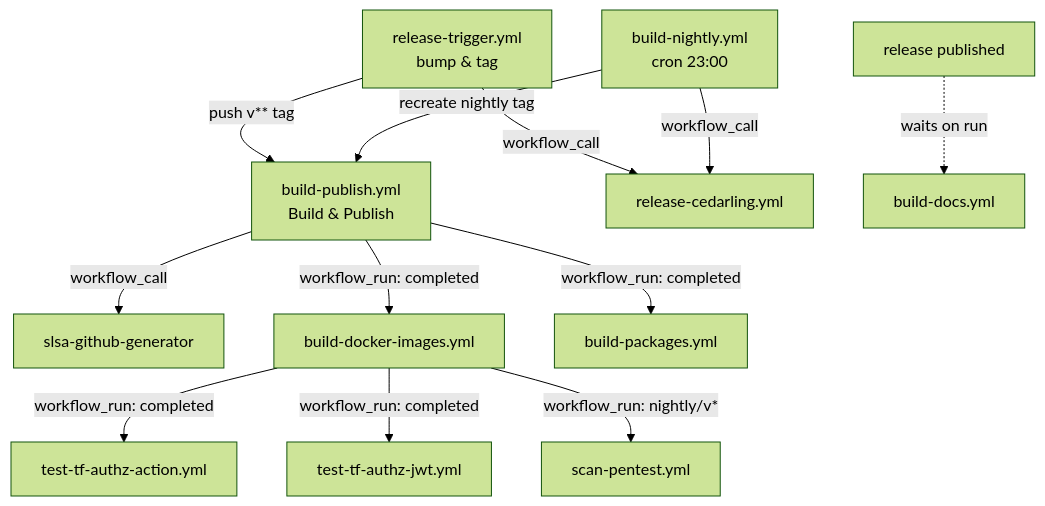
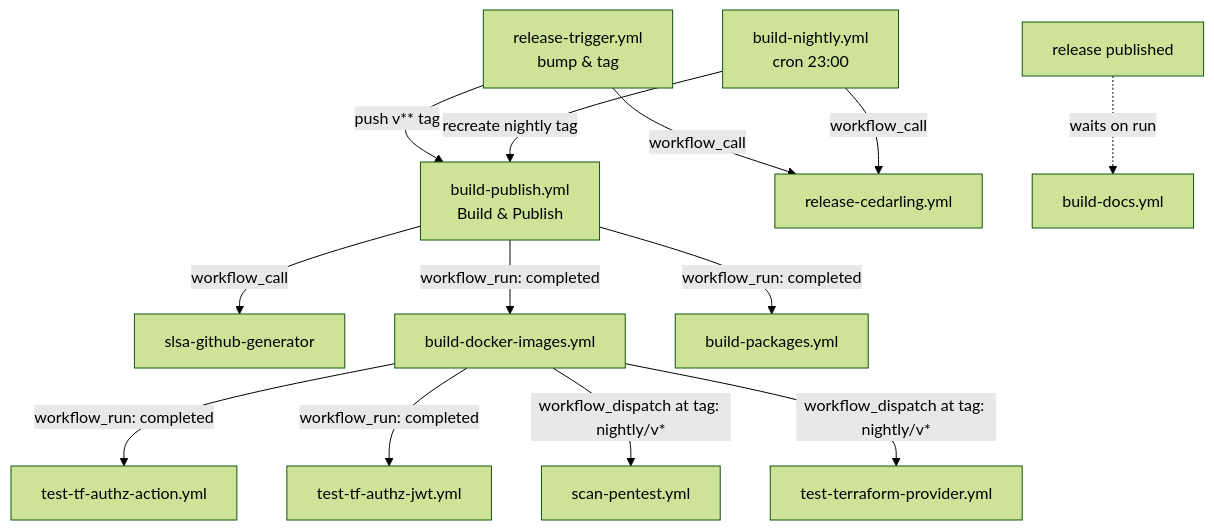
Before and after one commit to JanssenProject/jans: the diagram in docs/contribute/ci-cd/architecture.md, drawn with Mermaid (forest theme). The commit also changed other lines of this file and 5 other files, not shown here.

First line of the commit message:
fix(ci): run terraform tests and DAST scan after image build

````diff
--- a/docs/contribute/ci-cd/architecture.md
+++ b/docs/contribute/ci-cd/architecture.md
@@ -32,14 +32,15 @@
 ```mermaid
 flowchart TD
   RT[release-trigger.yml<br/>bump & tag] -->|push v** tag| BP
   BN[build-nightly.yml<br/>cron 23:00] -->|recreate nightly tag| BP
   RT -->|workflow_call| RC[release-cedarling.yml]
   BN -->|workflow_call| RC
   BP[build-publish.yml<br/>Build & Publish] -->|workflow_call| SLSA[slsa-github-generator]
   BP -->|workflow_run: completed| BDI[build-docker-images.yml]
   BP -->|workflow_run: completed| BPK[build-packages.yml]
   BDI -->|workflow_run: completed| TA[test-tf-authz-action.yml]
   BDI -->|workflow_run: completed| TJ[test-tf-authz-jwt.yml]
-  BDI -->|workflow_run: nightly/v*| PT[scan-pentest.yml]
+  BDI -->|workflow_dispatch at tag: nightly/v*| PT[scan-pentest.yml]
+  BDI -->|workflow_dispatch at tag: nightly/v*| TP[test-terraform-provider.yml]
   REL[release published] -.waits on run.-> BD[build-docs.yml]
 ```
````
